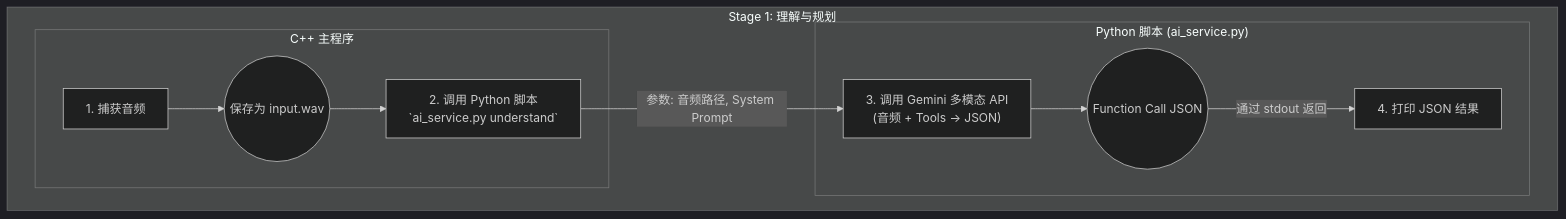
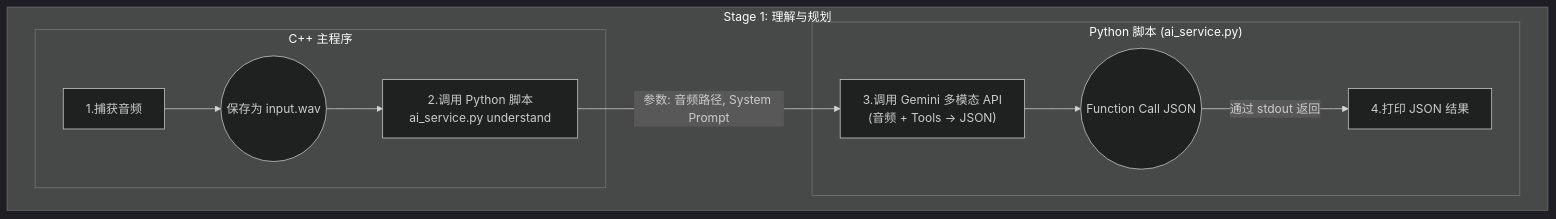
The first of 4 diagrams in docs/FlowChart.md (Jenwein/VoicePilot), drawn with Mermaid (dark theme) before and after one commit. The commit also changed other lines of this file and 6 other files, not shown here.

````diff
--- a/docs/FlowChart.md
+++ b/docs/FlowChart.md
@@ -1,17 +1,17 @@
 ```mermaid
 graph TD
 
     %% 阶段 1: 理解与规划 (Understand & Plan)
     subgraph "Stage 1: 理解与规划"
         subgraph "C++ 主程序"
-            B[1. 捕获音频]:::cpp --> C((保存为 input.wav)):::data;
-            C --> D["2. 调用 Python 脚本<br/>`ai_service.py understand`"]:::cpp;
+            B[1.捕获音频]:::cpp --> C((保存为 input.wav)):::data;
+            C --> D["2.调用 Python 脚本ai_service.py understand"]:::cpp;
         end
         
         subgraph "Python 脚本 (ai_service.py)"
-            D -- "参数: 音频路径, System Prompt" --> E["3. 调用 Gemini 多模态 API\n(音频 + Tools → JSON)"]:::python
+            D -- "参数: 音频路径, System Prompt" --> E["3.调用 Gemini 多模态 API\n(音频 + Tools → JSON)"]:::python
             E --> F((Function Call JSON)):::data;
-            F -- "通过 stdout 返回" --> G[4. 打印 JSON 结果];
+            F -- "通过 stdout 返回" --> G[4.打印 JSON 结果];
         end
     end
 ```
````
